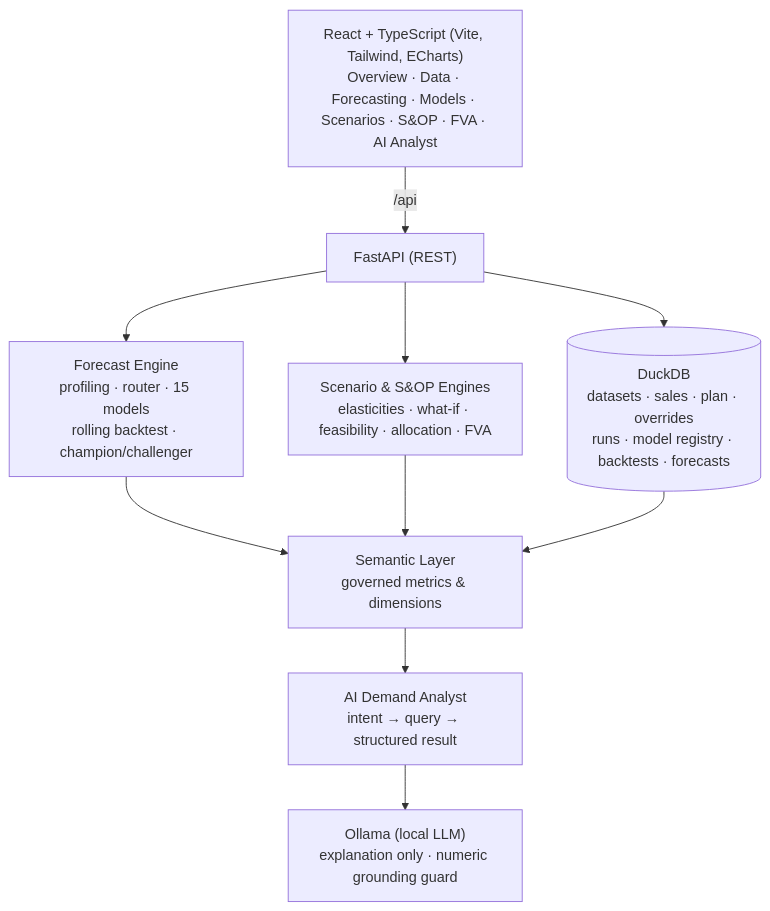
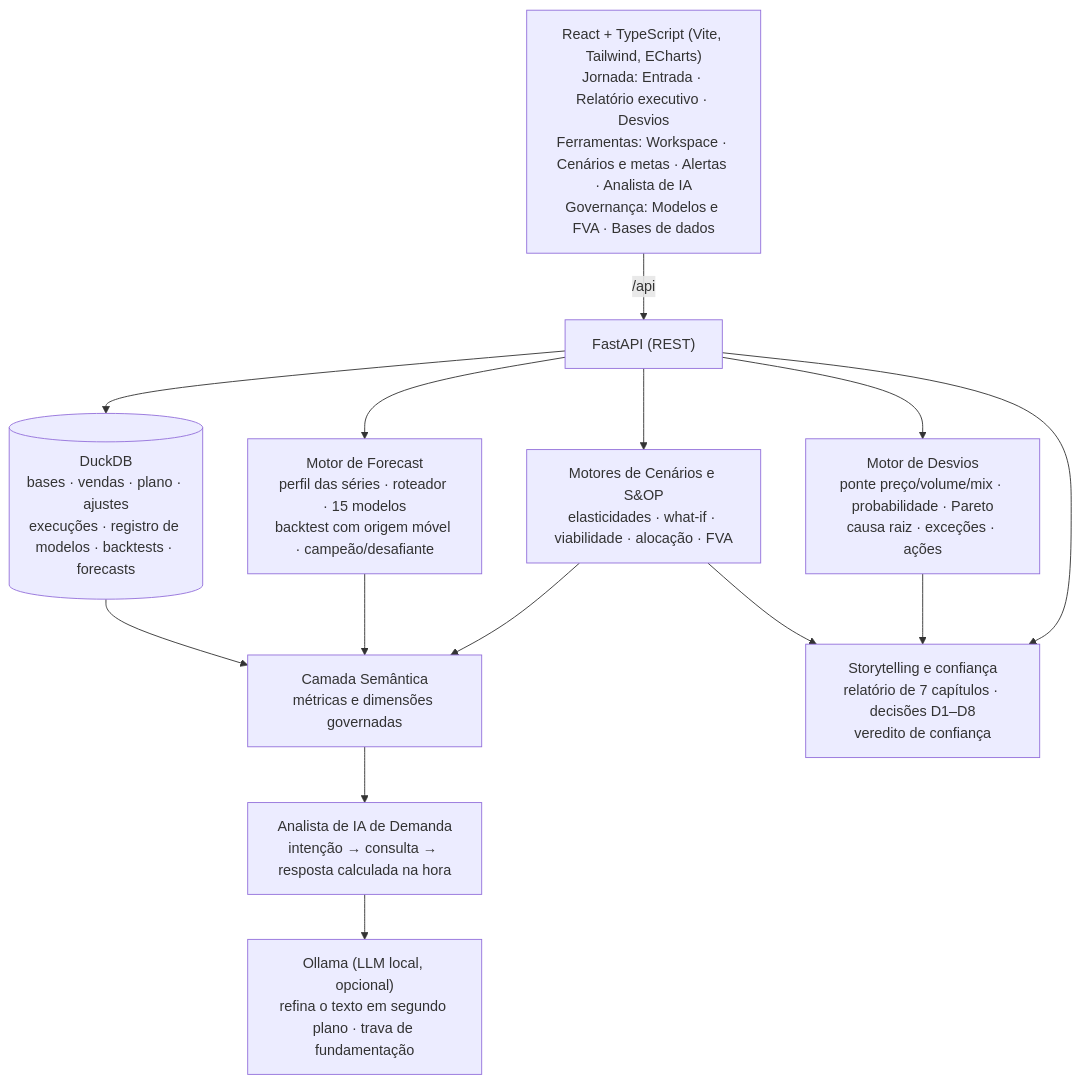
One commit to WallisonSampaio/forecastlab changed the diagram in README.md. Above: the diagram before and after it, drawn with Mermaid. The commit also changed other lines of this file and 209 other files, not shown here.

````diff
--- a/README.md
+++ b/README.md
@@ -84,14 +139,18 @@
 ```mermaid
 flowchart TB
-    UI["React + TypeScript (Vite, Tailwind, ECharts)<br/>Overview · Data · Forecasting · Models · Scenarios · S&OP · FVA · AI Analyst"]
+    UI["React + TypeScript (Vite, Tailwind, ECharts)<br/>Jornada: Entrada · Relatório executivo · Desvios<br/>Ferramentas: Workspace · Cenários e metas · Alertas · Analista de IA<br/>Governança: Modelos e FVA · Bases de dados"]
     API["FastAPI (REST)"]
     UI -- "/api" --> API
-    API --> DB[("DuckDB<br/>datasets · sales · plan · overrides<br/>runs · model registry · backtests · forecasts")]
-    API --> FE["Forecast Engine<br/>profiling · router · 15 models<br/>rolling backtest · champion/challenger"]
-    API --> SE["Scenario & S&OP Engines<br/>elasticities · what-if · feasibility · allocation · FVA"]
+    API --> DB[("DuckDB<br/>bases · vendas · plano · ajustes<br/>execuções · registro de modelos · backtests · forecasts")]
+    API --> FE["Motor de Forecast<br/>perfil das séries · roteador · 15 modelos<br/>backtest com origem móvel · campeão/desafiante"]
+    API --> SE["Motores de Cenários e S&OP<br/>elasticidades · what-if · viabilidade · alocação · FVA"]
+    API --> DV["Motor de Desvios<br/>ponte preço/volume/mix · probabilidade · Pareto<br/>causa raiz · exceções · ações"]
+    API --> ST["Storytelling e confiança<br/>relatório de 7 capítulos · decisões D1–D8<br/>veredito de confiança"]
     FE --> SL
     SE --> SL
-    DB --> SL["Semantic Layer<br/>governed metrics & dimensions"]
-    SL --> AI["AI Demand Analyst<br/>intent → query → structured result"]
-    AI --> LLM["Ollama (local LLM)<br/>explanation only · numeric grounding guard"]
+    DV --> ST
+    SE --> ST
+    DB --> SL["Camada Semântica<br/>métricas e dimensões governadas"]
+    SL --> AI["Analista de IA de Demanda<br/>intenção → consulta → resposta calculada na hora"]
+    AI --> LLM["Ollama (LLM local, opcional)<br/>refina o texto em segundo plano · trava de fundamentação"]
 ```
````
